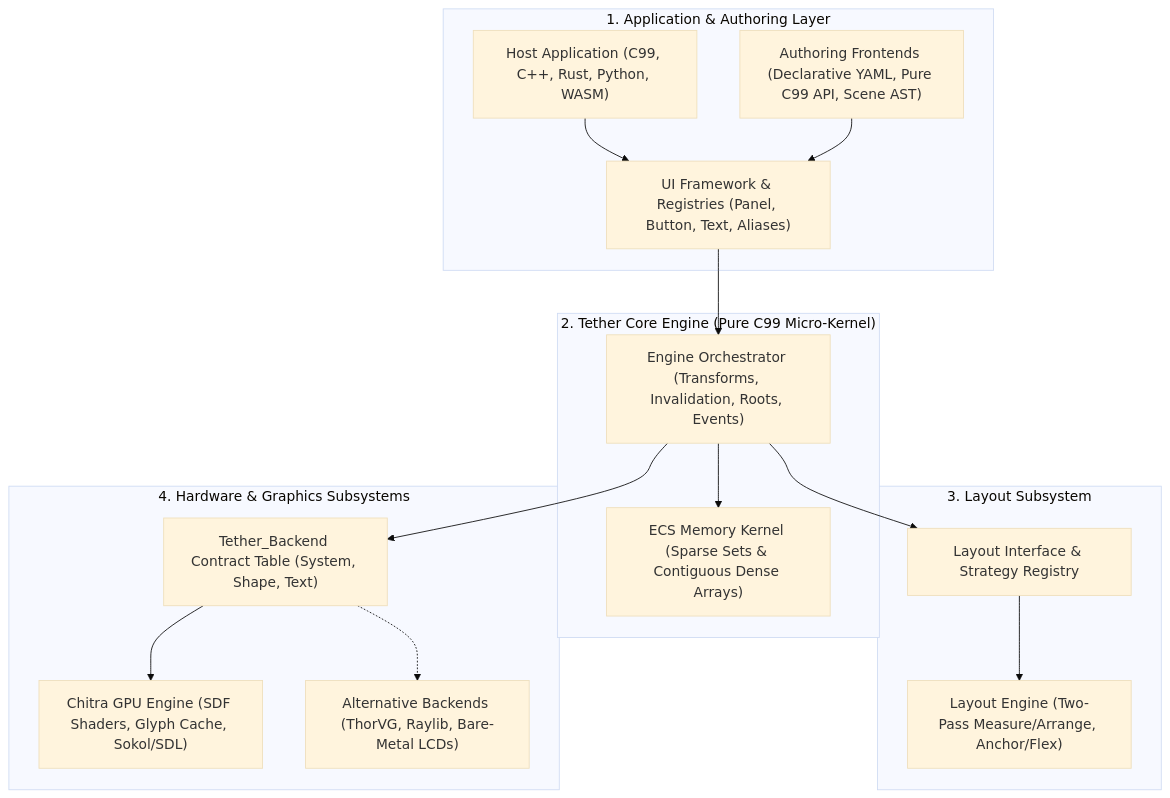
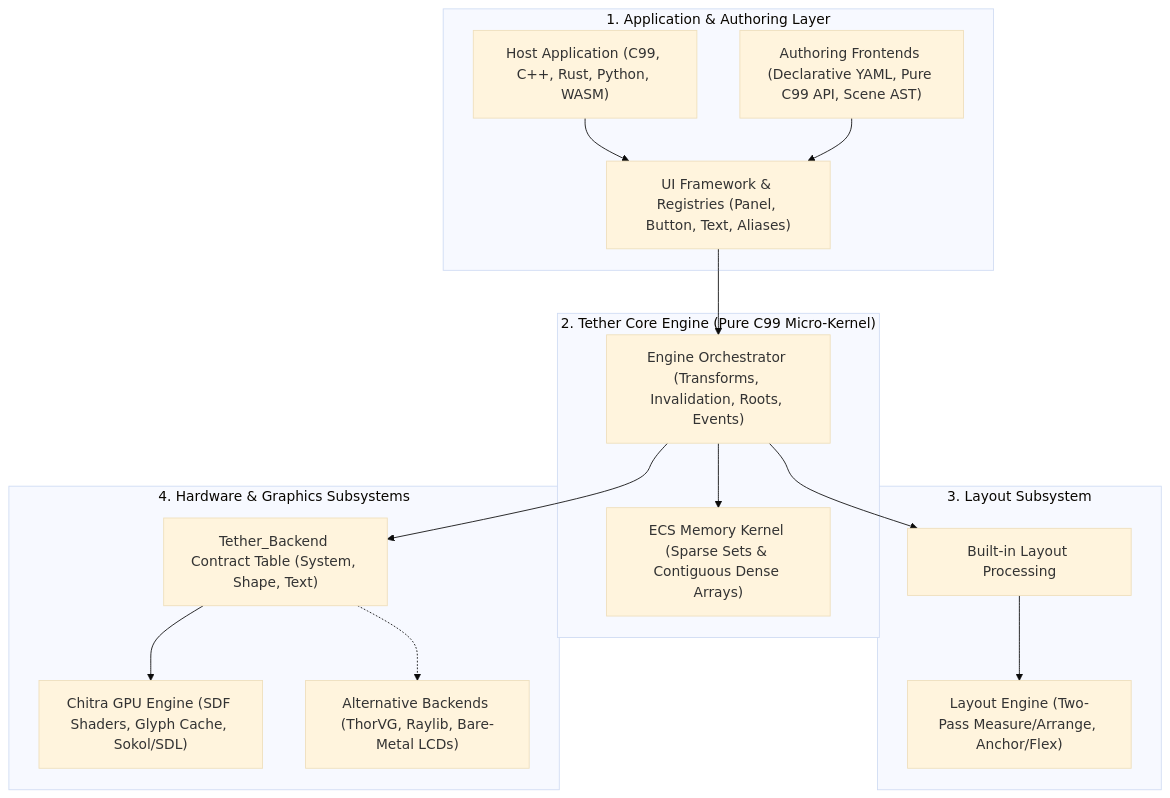
The diagram in README.md (Yuvi-GD/Tether), drawn with Mermaid (base theme) before and after one commit. The commit also changed other lines of this file and 1 other file, not shown here.

````diff
--- a/README.md
+++ b/README.md
@@ -58,34 +77,34 @@
 ```mermaid
 flowchart TD
     subgraph HostDomain["1. Application & Authoring Layer"]
         Host["Host Application (C99, C++, Rust, Python, WASM)"]
         Authoring["Authoring Frontends (Declarative YAML, Pure C99 API, Scene AST)"]
         UIFramework["UI Framework & Registries (Panel, Button, Text, Aliases)"]
     end
 
     subgraph CoreDomain["2. Tether Core Engine (Pure C99 Micro-Kernel)"]
         Engine["Engine Orchestrator (Transforms, Invalidation, Roots, Events)"]
         Kernel["ECS Memory Kernel (Sparse Sets & Contiguous Dense Arrays)"]
     end
 
     subgraph Solvers["3. Layout Subsystem"]
-        LayoutInterface["Layout Interface & Strategy Registry"]
+        LayoutInterface["Built-in Layout Processing"]
         LayoutEngine["Layout Engine (Two-Pass Measure/Arrange, Anchor/Flex)"]
     end
 
     subgraph Drivers["4. Hardware & Graphics Subsystems"]
         BackendContract["Tether_Backend Contract Table (System, Shape, Text)"]
         Chitra["Chitra GPU Engine (SDF Shaders, Glyph Cache, Sokol/SDL)"]
         AlternativeDrivers["Alternative Backends (ThorVG, Raylib, Bare-Metal LCDs)"]
     end
 
     Host --> UIFramework
     Authoring --> UIFramework
     UIFramework --> Engine
     Engine --> Kernel
     Engine --> LayoutInterface
     LayoutInterface --> LayoutEngine
     Engine --> BackendContract
     BackendContract --> Chitra
     BackendContract -.-> AlternativeDrivers
 ```
````
